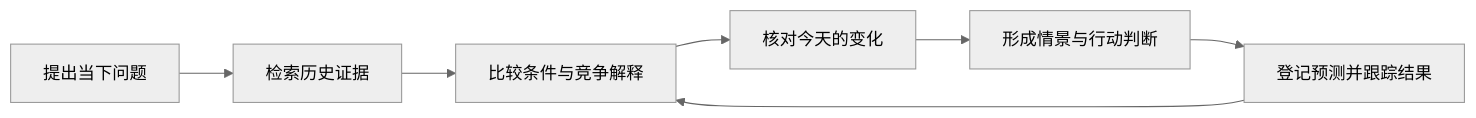
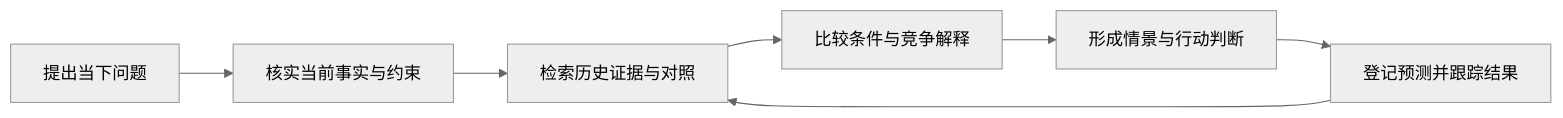
The diagram in README.md (JuneYaooo/civilization-atlas-skill), drawn with Mermaid (neutral theme) before and after one commit. The commit also changed other lines of this file and 18 other files, not shown here.

````diff
--- a/README.md
+++ b/README.md
@@ -68,9 +82,9 @@
 ```mermaid
 flowchart LR
-    A[提出当下问题] --> B[检索历史证据]
-    B --> C[比较条件与竞争解释]
-    C --> D[核对今天的变化]
+    A[提出当下问题] --> B[核实当前事实与约束]
+    B --> C[检索历史证据与对照]
+    C --> D[比较条件与竞争解释]
     D --> E[形成情景与行动判断]
     E --> F[登记预测并跟踪结果]
     F --> C
 ```
````
